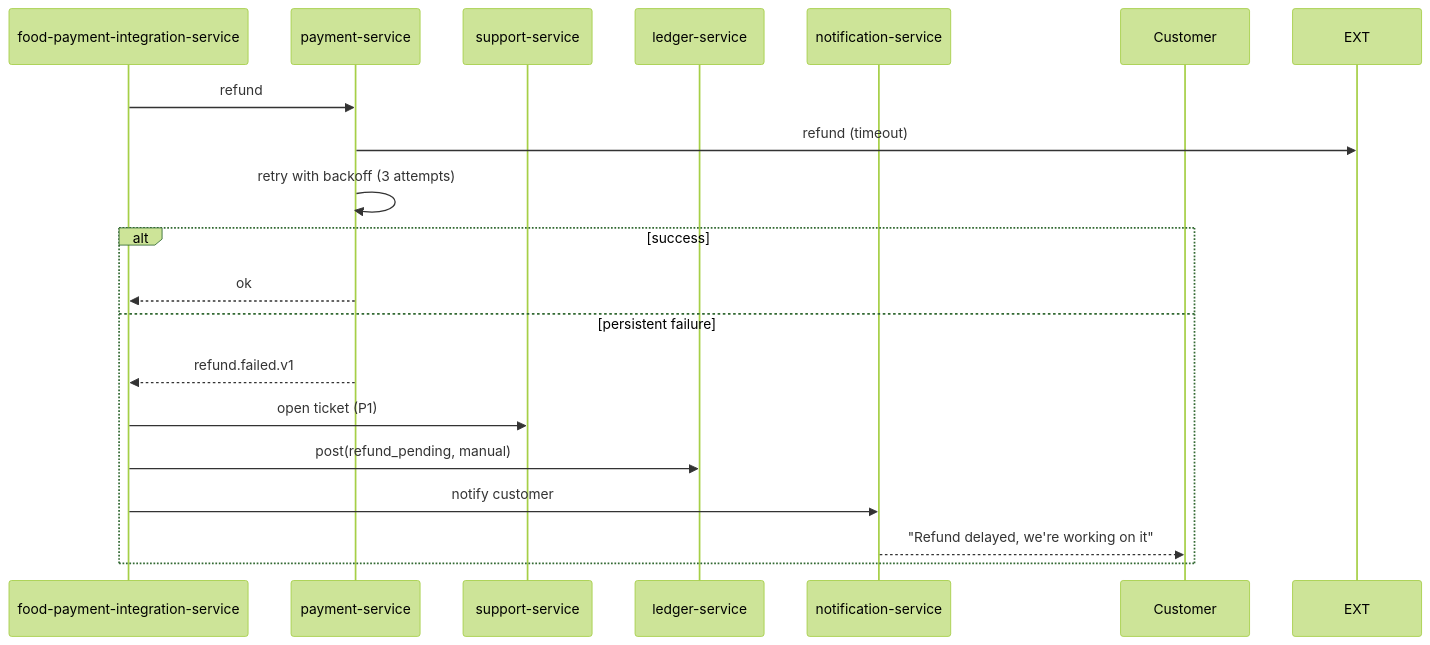
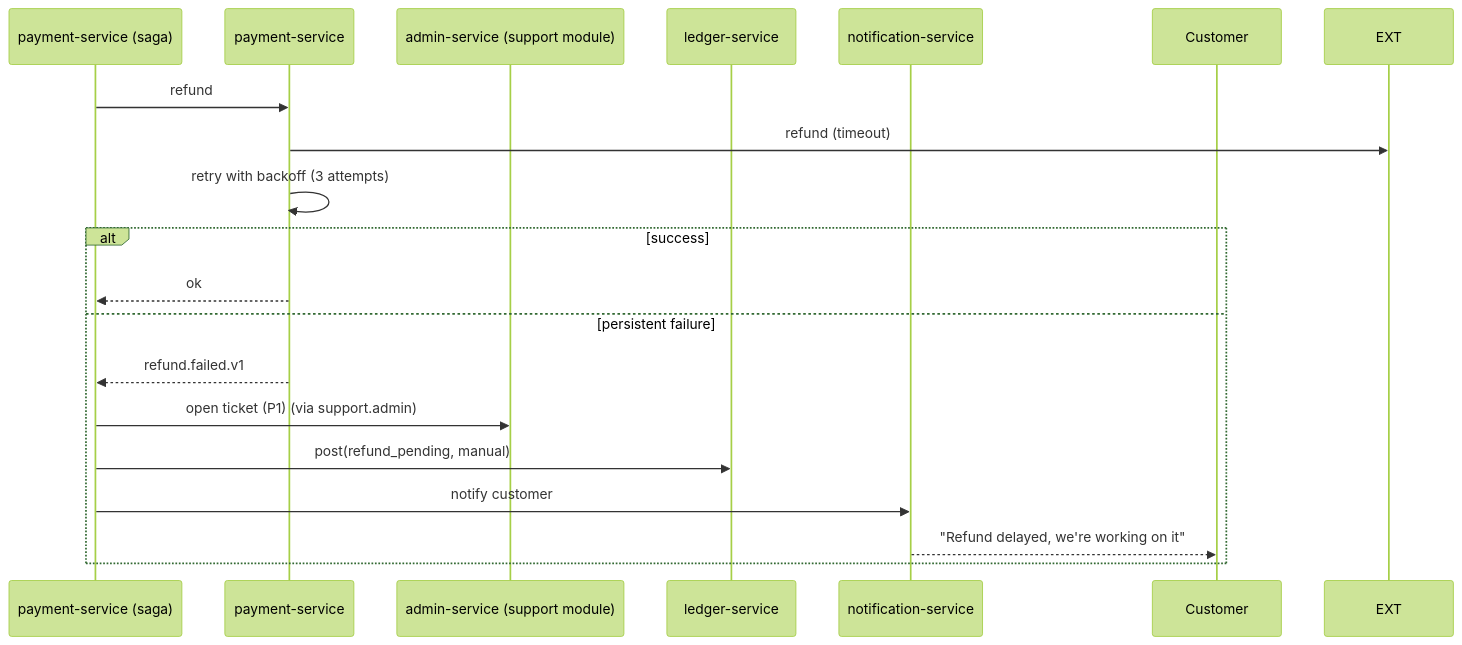
The sixth of 6 diagrams in docs/workflows/REFUND_WORKFLOWS.md (mohamedhabibwork/trips-enjoy-docs), drawn with Mermaid (forest theme) before and after one commit. The commit also changed other lines of this file and 525 other files, not shown here.

````diff
--- a/docs/workflows/REFUND_WORKFLOWS.md
+++ b/docs/workflows/REFUND_WORKFLOWS.md
@@ -150,22 +151,22 @@
 ```mermaid
 sequenceDiagram
-    participant FPI as food-payment-integration-service
+    participant SAGA as payment-service (saga)
     participant PAY as payment-service
-    participant SUP as support-service
+    participant ADM as admin-service (support module)
     participant LD as ledger-service
     participant NOT as notification-service
     participant C as Customer
 
-    FPI->>PAY: refund
+    SAGA->>PAY: refund
     PAY->>EXT: refund (timeout)
     PAY->>PAY: retry with backoff (3 attempts)
     alt success
-        PAY-->>FPI: ok
+        PAY-->>SAGA: ok
     else persistent failure
-        PAY-->>FPI: refund.failed.v1
-        FPI->>SUP: open ticket (P1)
-        FPI->>LD: post(refund_pending, manual)
-        FPI->>NOT: notify customer
+        PAY-->>SAGA: refund.failed.v1
+        SAGA->>ADM: open ticket (P1) (via support.admin)
+        SAGA->>LD: post(refund_pending, manual)
+        SAGA->>NOT: notify customer
         NOT-->>C: "Refund delayed, we're working on it"
     end
 ```
````
